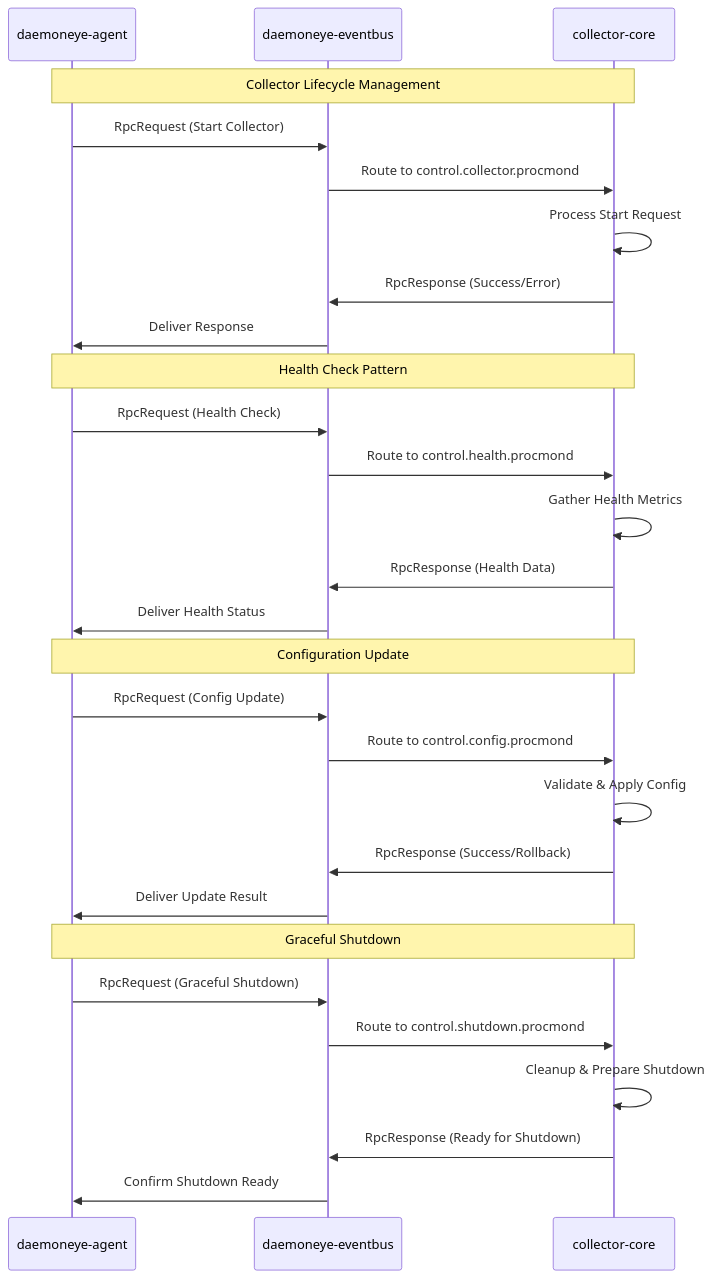
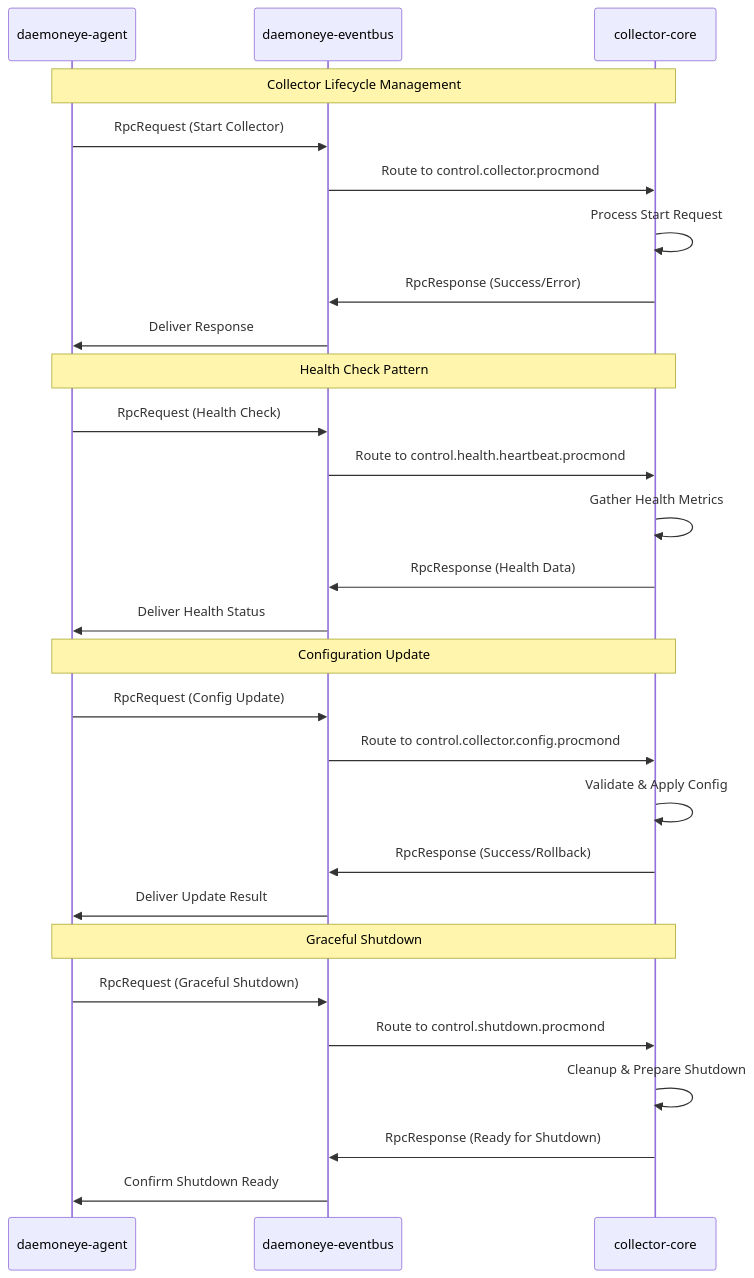
One commit to EvilBit-Labs/DaemonEye changed the diagram in daemoneye-eventbus/docs/rpc-patterns.md. Above: the diagram before and after it, drawn with Mermaid. The commit also changed other lines of this file and 2 other files, not shown here.

First line of the commit message:
docs(rpc-patterns): Update RPC topic hierarchy and communication flow documentation

````diff
--- a/daemoneye-eventbus/docs/rpc-patterns.md
+++ b/daemoneye-eventbus/docs/rpc-patterns.md
@@ -16,38 +16,38 @@
 ```mermaid
 sequenceDiagram
     participant Agent as daemoneye-agent
     participant Broker as daemoneye-eventbus
     participant Collector as collector-core
 
     Note over Agent,Collector: Collector Lifecycle Management
 
     Agent->>Broker: RpcRequest (Start Collector)
     Broker->>Collector: Route to control.collector.procmond
     Collector->>Collector: Process Start Request
     Collector->>Broker: RpcResponse (Success/Error)
     Broker->>Agent: Deliver Response
 
     Note over Agent,Collector: Health Check Pattern
 
     Agent->>Broker: RpcRequest (Health Check)
-    Broker->>Collector: Route to control.health.procmond
+    Broker->>Collector: Route to control.health.heartbeat.procmond
     Collector->>Collector: Gather Health Metrics
     Collector->>Broker: RpcResponse (Health Data)
     Broker->>Agent: Deliver Health Status
 
     Note over Agent,Collector: Configuration Update
 
     Agent->>Broker: RpcRequest (Config Update)
-    Broker->>Collector: Route to control.config.procmond
+    Broker->>Collector: Route to control.collector.config.procmond
     Collector->>Collector: Validate & Apply Config
     Collector->>Broker: RpcResponse (Success/Rollback)
     Broker->>Agent: Deliver Update Result
 
     Note over Agent,Collector: Graceful Shutdown
 
     Agent->>Broker: RpcRequest (Graceful Shutdown)
     Broker->>Collector: Route to control.shutdown.procmond
     Collector->>Collector: Cleanup & Prepare Shutdown
     Collector->>Broker: RpcResponse (Ready for Shutdown)
     Broker->>Agent: Confirm Shutdown Ready
 ```
````
